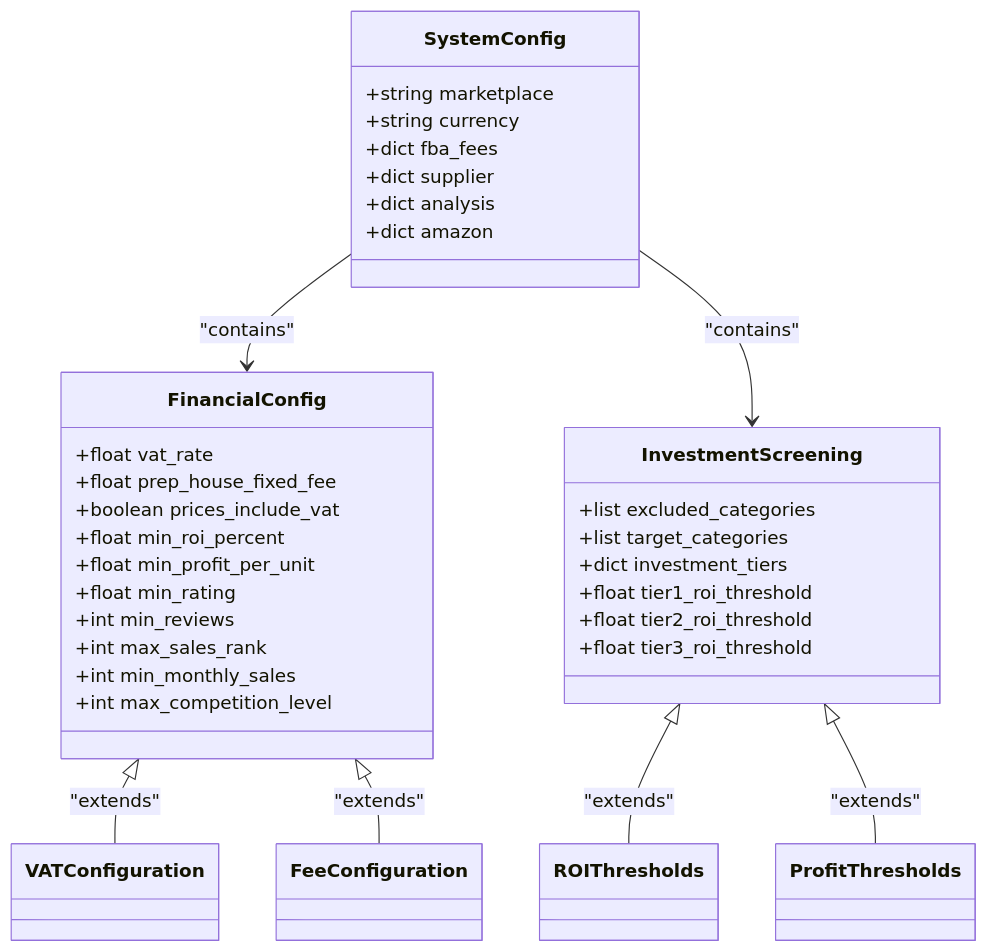
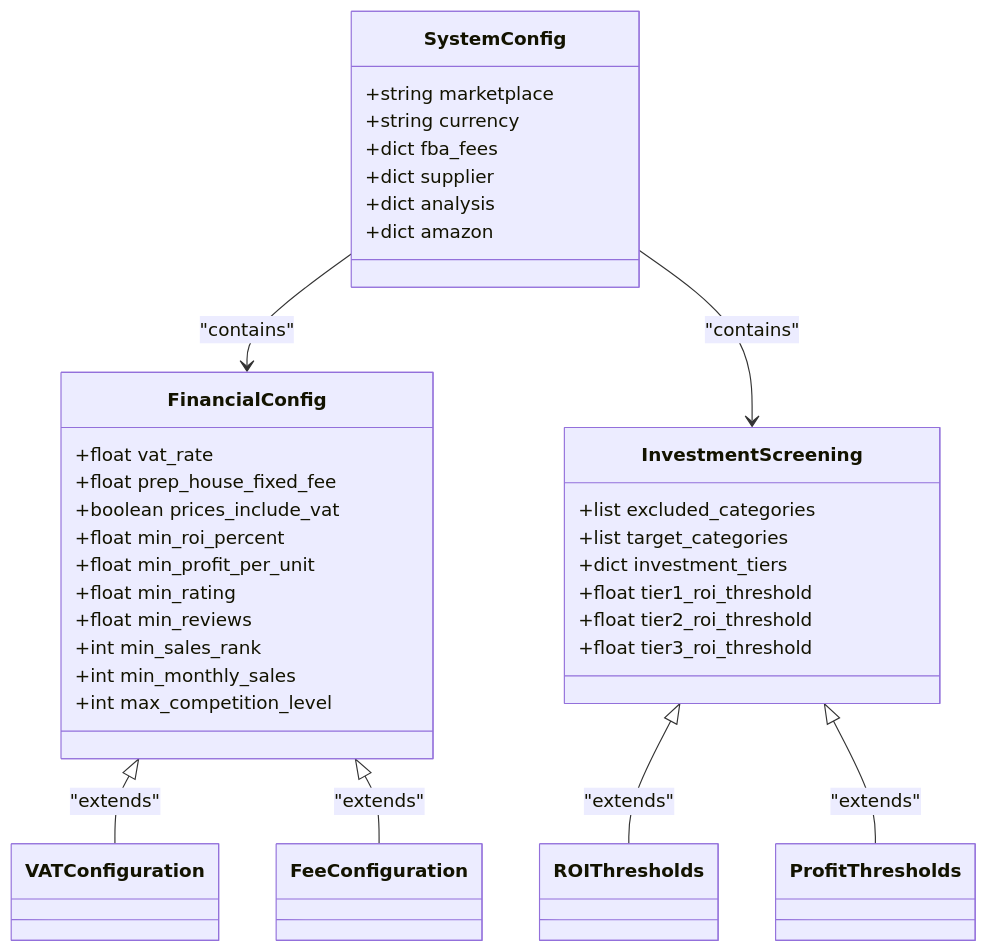
The fifth of 6 diagrams in .qoder/repowiki/en/content/Financial Analysis Module/Financial Analysis Module.md (chri75252/complete-fba), drawn with Mermaid before and after one commit. The commit also changed other lines of this file and 2336 other files, not shown here.

````diff
--- a/.qoder/repowiki/en/content/Financial Analysis Module/Financial Analysis Module.md
+++ b/.qoder/repowiki/en/content/Financial Analysis Module/Financial Analysis Module.md
@@ -220,37 +236,37 @@
 ```mermaid
 classDiagram
 class FinancialConfig {
 +float vat_rate
 +float prep_house_fixed_fee
 +boolean prices_include_vat
 +float min_roi_percent
 +float min_profit_per_unit
 +float min_rating
-+int min_reviews
-+int max_sales_rank
++float min_reviews
++int min_sales_rank
 +int min_monthly_sales
 +int max_competition_level
 }
 class SystemConfig {
 +string marketplace
 +string currency
 +dict fba_fees
 +dict supplier
 +dict analysis
 +dict amazon
 }
 class InvestmentScreening {
 +list excluded_categories
 +list target_categories
 +dict investment_tiers
 +float tier1_roi_threshold
 +float tier2_roi_threshold
 +float tier3_roi_threshold
 }
 SystemConfig --> FinancialConfig : "contains"
 SystemConfig --> InvestmentScreening : "contains"
 FinancialConfig <|-- VATConfiguration : "extends"
 FinancialConfig <|-- FeeConfiguration : "extends"
 InvestmentScreening <|-- ROIThresholds : "extends"
 InvestmentScreening <|-- ProfitThresholds : "extends"
 ```
````
